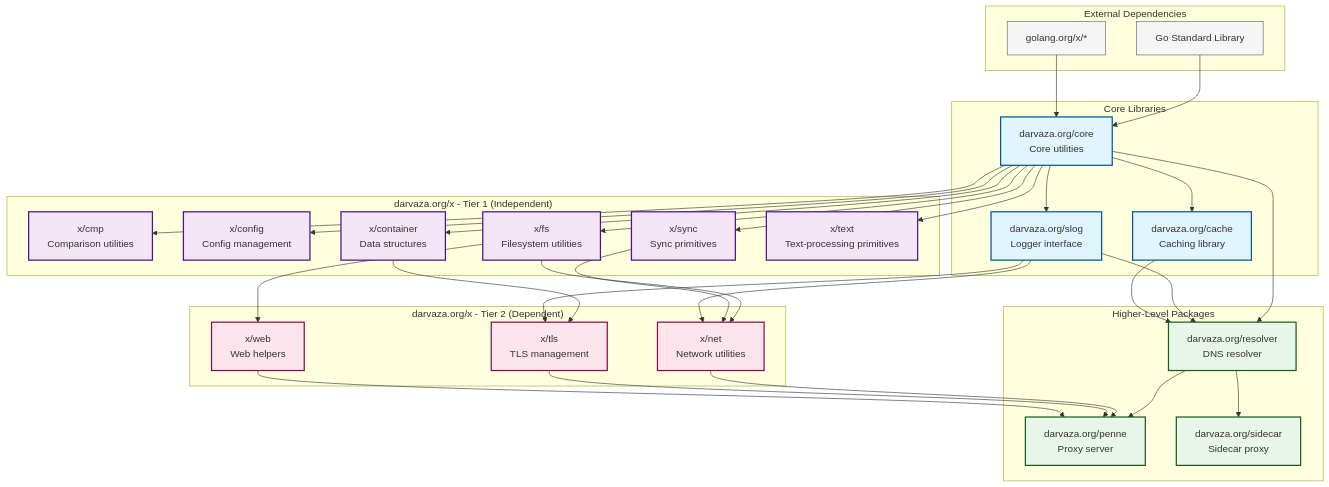
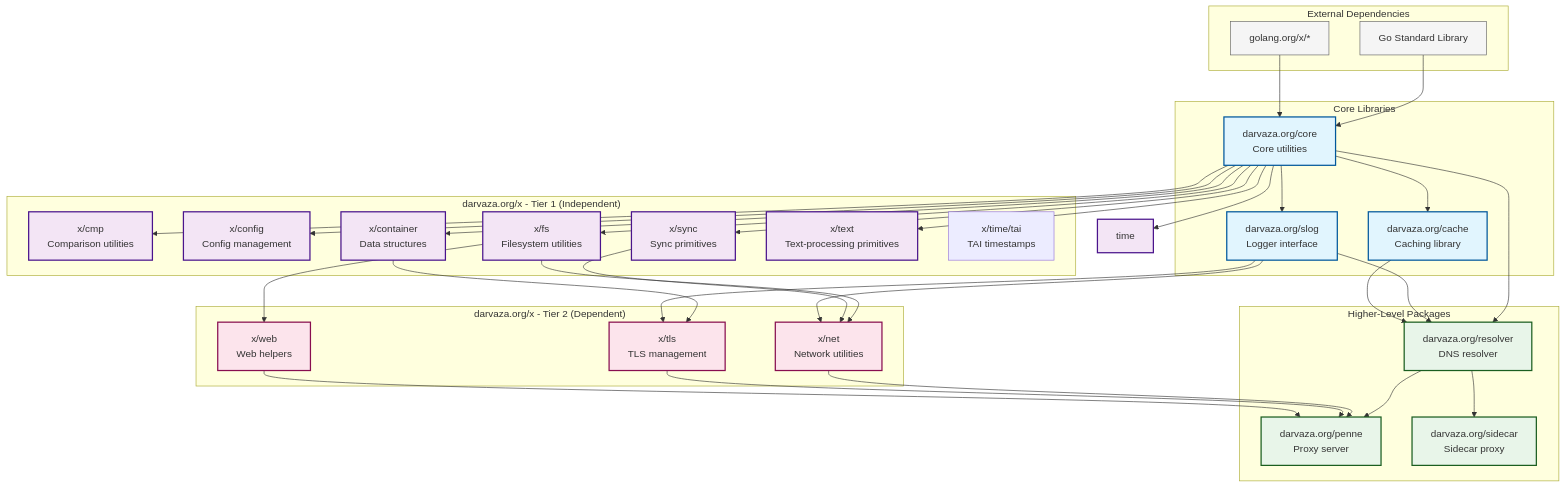
One commit to darvaza-proxy/x changed the diagram in README.md. Above: the diagram before and after it, drawn with Mermaid. The commit also changed other lines of this file and 21 other files, not shown here.

First line of the commit message:
feat(time): implement TAI timestamp package

````diff
--- a/README.md
+++ b/README.md
@@ -88,79 +95,81 @@
 ```mermaid
 graph TB
     subgraph "External Dependencies"
         stdlib[Go Standard Library]
         ext[golang.org/x/*]
     end
 
     subgraph "Core Libraries"
         core[darvaza.org/core<br/>Core utilities]
         slog[darvaza.org/slog<br/>Logger interface]
         cache[darvaza.org/cache<br/>Caching library]
     end
 
     subgraph "darvaza.org/x - Tier 1 (Independent)"
         cmp[x/cmp<br/>Comparison utilities]
         config[x/config<br/>Config management]
         sync[x/sync<br/>Sync primitives]
         fs[x/fs<br/>Filesystem utilities]
         container[x/container<br/>Data structures]
         text[x/text<br/>Text-processing primitives]
+        tai[x/time/tai<br/>TAI timestamps]
     end
 
     subgraph "darvaza.org/x - Tier 2 (Dependent)"
         net[x/net<br/>Network utilities]
         web[x/web<br/>Web helpers]
         tls[x/tls<br/>TLS management]
     end
 
     subgraph "Higher-Level Packages"
         resolver[darvaza.org/resolver<br/>DNS resolver]
         penne[darvaza.org/penne<br/>Proxy server]
         sidecar[darvaza.org/sidecar<br/>Sidecar proxy]
     end
 
     %% Core dependencies
     stdlib --> core
     ext --> core
     core --> slog
     core --> cache
 
     %% x/ Tier 1 dependencies
     core --> cmp
     core --> config
     core --> sync
     core --> fs
     core --> container
     core --> text
+    core --> time
 
     %% x/ Tier 2 dependencies
     fs --> net
     fs --> web
     sync --> net
     container --> tls
     slog --> net
     slog --> tls
 
     %% Higher-level dependencies
     core --> resolver
     slog --> resolver
     cache --> resolver
 
     resolver --> penne
     resolver --> sidecar
     net --> penne
     tls --> penne
     web --> penne
 
     classDef core fill:#e1f5fe,stroke:#01579b,stroke-width:2px
     classDef tier1 fill:#f3e5f5,stroke:#4a148c,stroke-width:2px
     classDef tier2 fill:#fce4ec,stroke:#880e4f,stroke-width:2px
     classDef external fill:#f5f5f5,stroke:#616161,stroke-width:1px
     classDef highlevel fill:#e8f5e9,stroke:#1b5e20,stroke-width:2px
 
     class core,slog,cache core
-    class cmp,config,sync,fs,container,text tier1
+    class cmp,config,sync,fs,container,text,time tier1
     class net,web,tls tier2
     class stdlib,ext external
     class resolver,penne,sidecar highlevel
 ```
````
